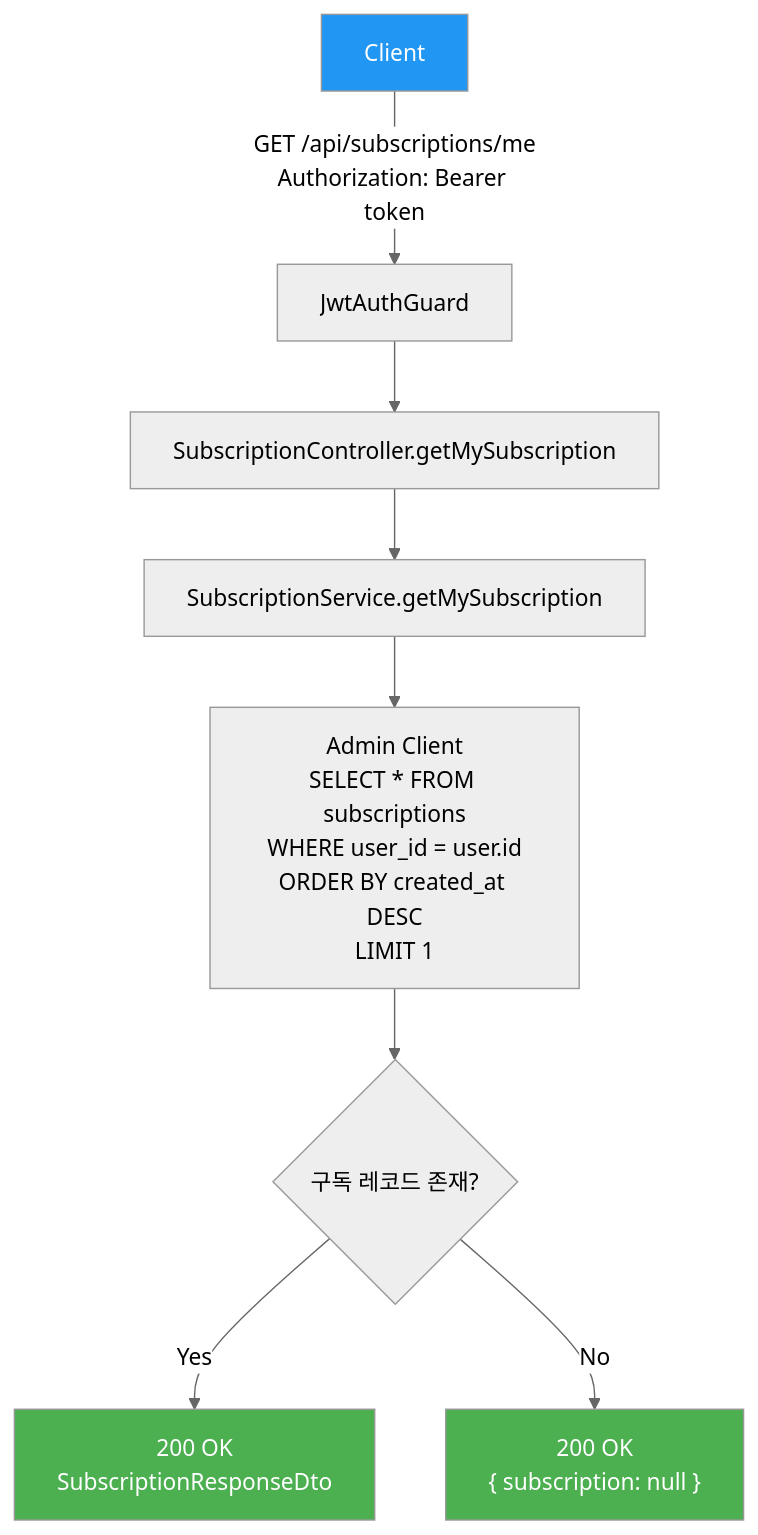
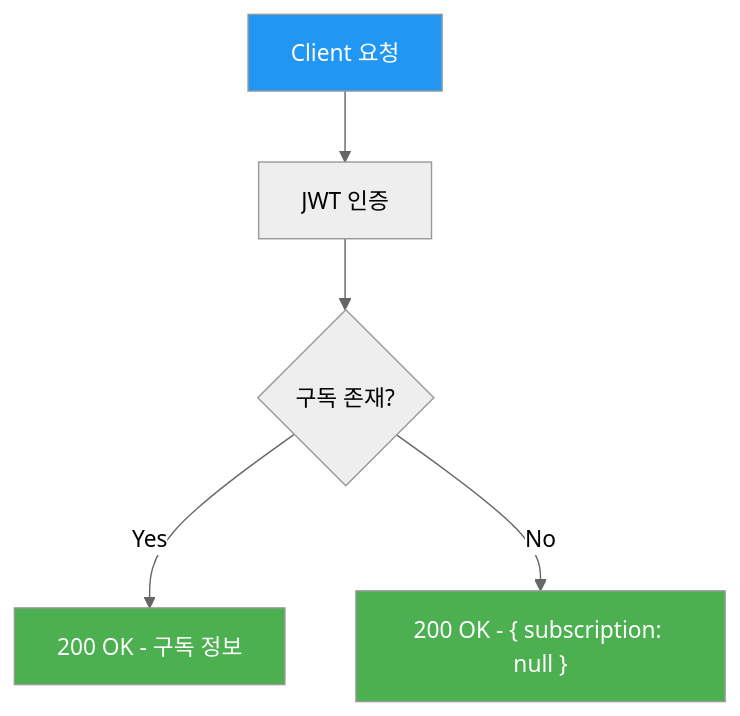
The third of 10 diagrams in docs/api/subscription-api.md (youngkim90/ddukddak-api), drawn with Mermaid (neutral theme) before and after one commit. The commit also changed other lines of this file and 5 other files, not shown here.

First line of the commit message:
docs: simplify flowcharts with dual API/code flow structure

````diff
--- a/docs/api/subscription-api.md
+++ b/docs/api/subscription-api.md
@@ -73,14 +80,11 @@
 ```mermaid
 flowchart TD
-    A[Client] -->|"GET /api/subscriptions/me<br/>Authorization: Bearer token"| B[JwtAuthGuard]
-    B --> C[SubscriptionController.getMySubscription]
-    C --> D[SubscriptionService.getMySubscription]
-    D --> E["Admin Client<br/>SELECT * FROM subscriptions<br/>WHERE user_id = user.id<br/>ORDER BY created_at DESC<br/>LIMIT 1"]
-    E --> F{구독 레코드 존재?}
-    F -- Yes --> G["200 OK<br/>SubscriptionResponseDto"]
-    F -- No --> H["200 OK<br/>{ subscription: null }"]
+    A[Client 요청] --> B[JWT 인증]
+    B --> C{구독 존재?}
+    C -- Yes --> D[200 OK - 구독 정보]
+    C -- No --> E["200 OK - { subscription: null }"]
 
     style A fill:#2196f3,color:#fff
-    style G fill:#4caf50,color:#fff
-    style H fill:#4caf50,color:#fff
+    style D fill:#4caf50,color:#fff
+    style E fill:#4caf50,color:#fff
 ```
````
